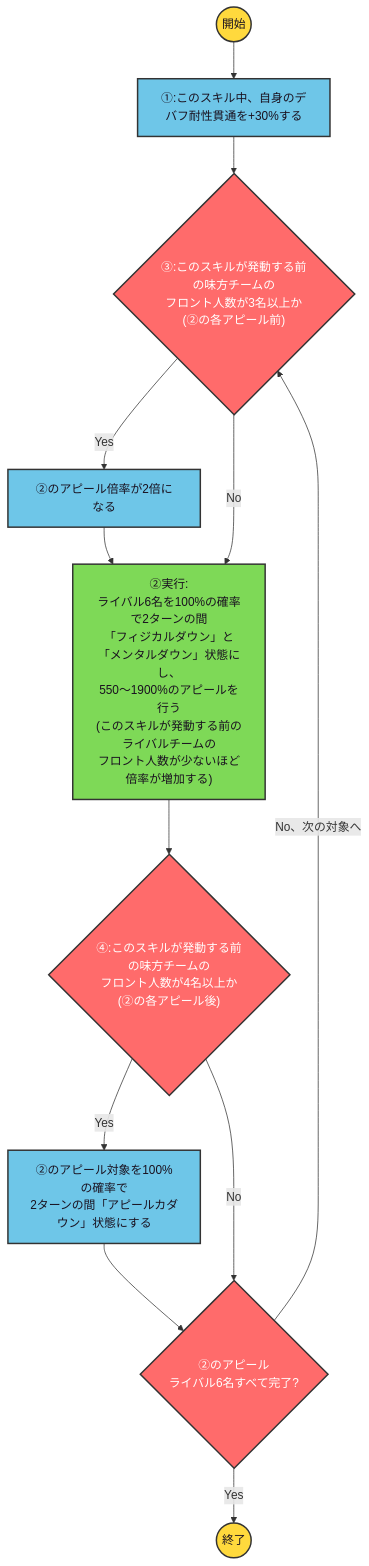
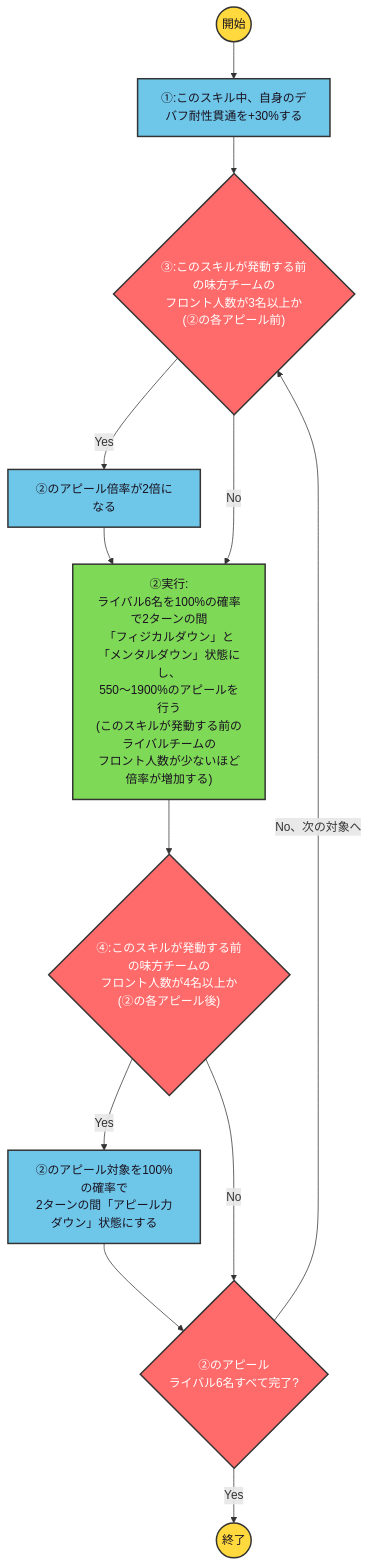
Before and after one commit to ryomochi0918/nogifra-characters: the diagram in data/yakubo_mio/omoidegatomaranakunaru_skill1.mmd, drawn with Mermaid. The commit also changed 19 other files, not shown here.

```diff
--- a/data/yakubo_mio/omoidegatomaranakunaru_skill1.mmd
+++ b/data/yakubo_mio/omoidegatomaranakunaru_skill1.mmd
@@ -1,17 +1,17 @@
 flowchart TD
     classDef startend fill:#FFD93D,stroke:#333,stroke-width:2px,color:#1a1220;
     classDef cond fill:#FF6B6B,stroke:#333,stroke-width:2px,color:#ffffff;
     classDef effect fill:#6EC6E8,stroke:#333,stroke-width:2px,color:#1a1220;
     classDef action fill:#7ED957,stroke:#333,stroke-width:2px,color:#1a1220;
 
     start(("開始")):::startend --> e1["①:このスキル中、自身のデバフ耐性貫通を+30%する"]:::effect --> c3
     c3{"③:このスキルが発動する前の味方チームの<br/>フロント人数が3名以上か<br/>(②の各アピール前)"}:::cond
     c3 -->|"Yes"| e3["②のアピール倍率が2倍になる"]:::effect --> a2
     c3 -->|"No"| a2["②実行:<br/>ライバル6名を100%の確率で2ターンの間<br/>「フィジカルダウン」と「メンタルダウン」状態にし、<br/>550〜1900%のアピールを行う<br/>(このスキルが発動する前のライバルチームの<br/>フロント人数が少ないほど倍率が増加する)"]:::action
     a2 --> c4
     c4{"④:このスキルが発動する前の味方チームの<br/>フロント人数が4名以上か<br/>(②の各アピール後)"}:::cond
-    c4 -->|"Yes"| e4["②のアピール対象を100%の確率で<br/>2ターンの間「アピールカダウン」状態にする"]:::effect --> lc2
+    c4 -->|"Yes"| e4["②のアピール対象を100%の確率で<br/>2ターンの間「アピール力ダウン」状態にする"]:::effect --> lc2
     c4 -->|"No"| lc2
     lc2{"②のアピール<br/>ライバル6名すべて完了?"}:::cond
     lc2 -->|"No、次の対象へ"| c3
     lc2 -->|"Yes"| finish(("終了")):::startend
```
